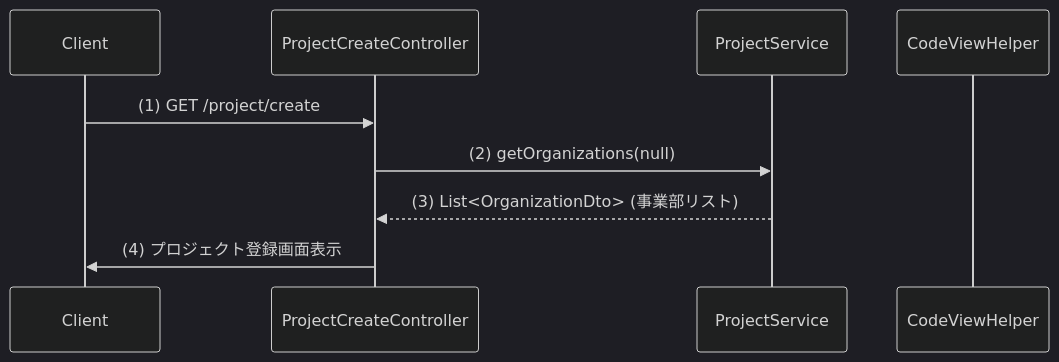
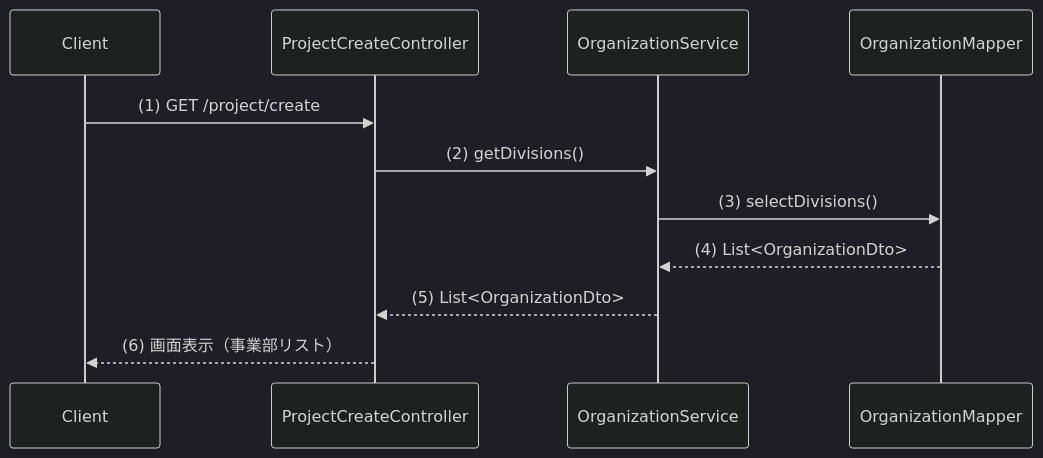
One commit to nagaoka-aya/rta-with-ai-2 changed the second of 4 diagrams in web/docs/plan/プロジェクト登録の実装計画.md. Above: the diagram before and after it, drawn with Mermaid (dark theme). The commit also changed other lines of this file and 1 other file, not shown here.

````diff
--- a/web/docs/plan/プロジェクト登録の実装計画.md
+++ b/web/docs/plan/プロジェクト登録の実装計画.md
@@ -101,12 +129,14 @@
 ```mermaid
 sequenceDiagram
     participant Client
     participant ProjectCreateController
-    participant ProjectService
-    participant CodeViewHelper
+    participant OrganizationService
+    participant OrganizationMapper
     
     Client ->> ProjectCreateController: (1) GET /project/create
-    ProjectCreateController ->> ProjectService: (2) getOrganizations(null)
-    ProjectService -->> ProjectCreateController: (3) List<OrganizationDto> (事業部リスト)
-    ProjectCreateController ->> Client: (4) プロジェクト登録画面表示
+    ProjectCreateController ->> OrganizationService: (2) getDivisions()
+    OrganizationService ->> OrganizationMapper: (3) selectDivisions()
+    OrganizationMapper -->> OrganizationService: (4) List<OrganizationDto>
+    OrganizationService -->> ProjectCreateController: (5) List<OrganizationDto>
+    ProjectCreateController -->> Client: (6) 画面表示（事業部リスト）
 ```
````
